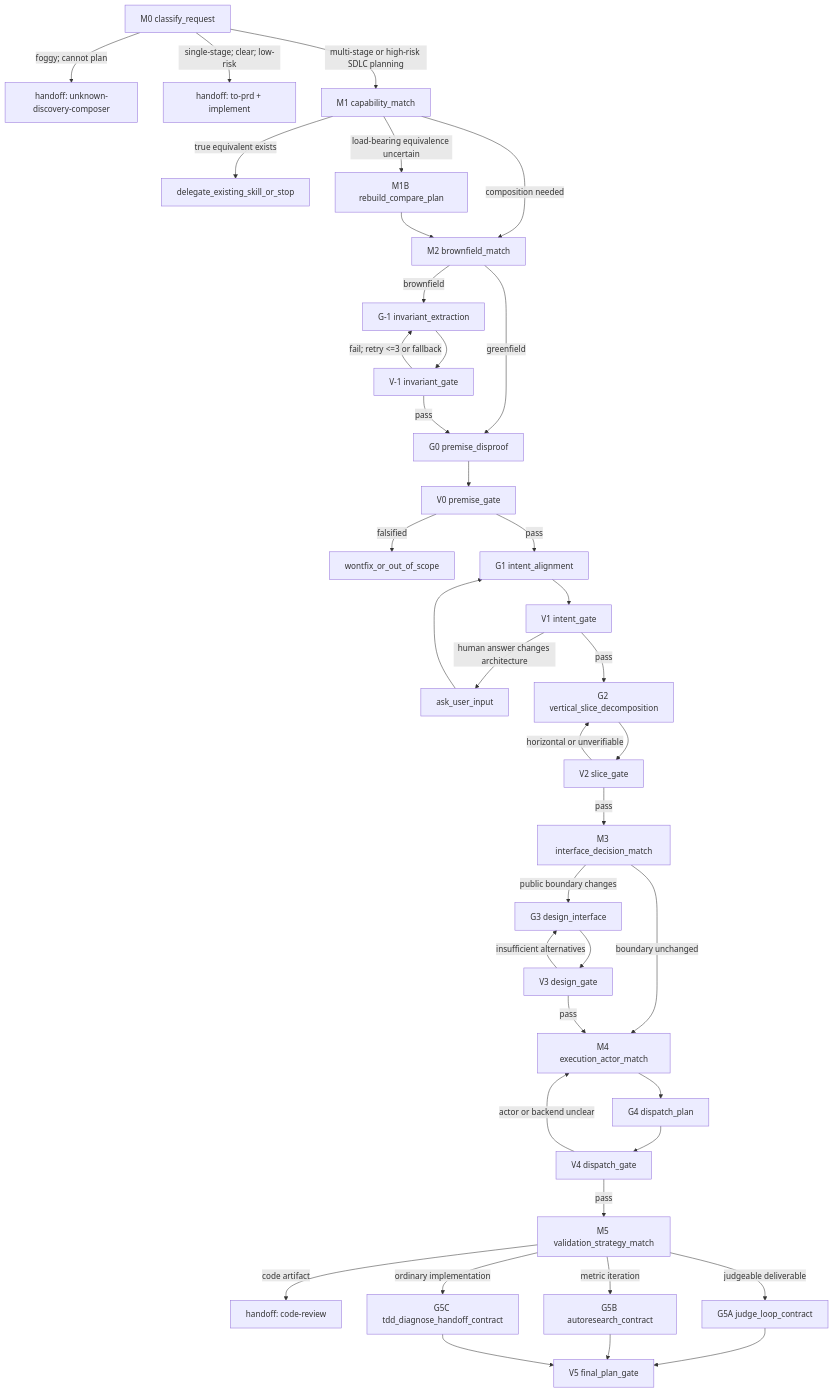
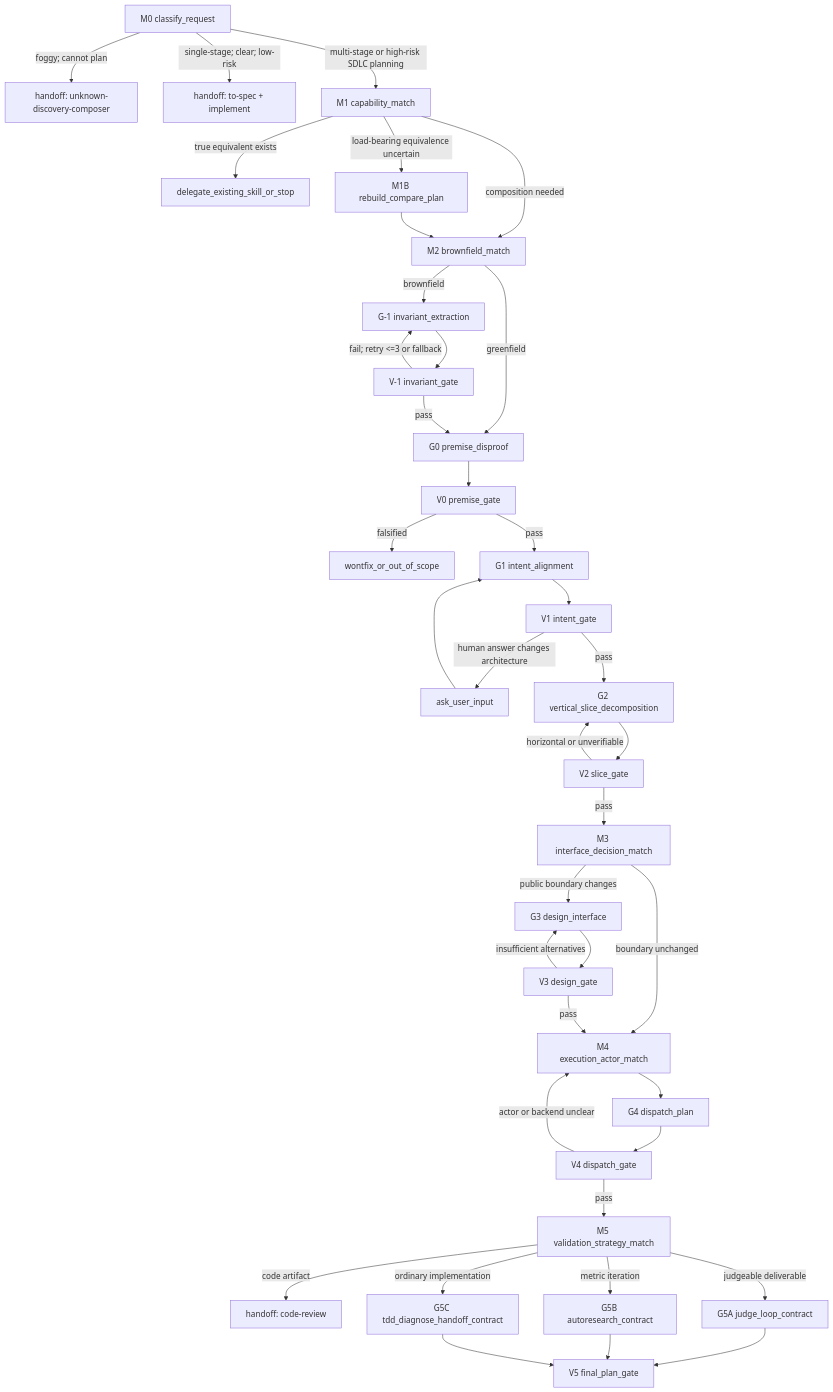
The diagram in skills/sdlc-plan-composer/SKILL.md (ed3c/skills-shared), drawn with Mermaid before and after one commit. The commit also changed other lines of this file and 6 other files, not shown here.

````diff
--- a/skills/sdlc-plan-composer/SKILL.md
+++ b/skills/sdlc-plan-composer/SKILL.md
@@ -44,41 +44,41 @@
 ```mermaid
 flowchart TD
   M0["M0 classify_request"] -->|foggy; cannot plan| X0["handoff: unknown-discovery-composer"]
-  M0 -->|single-stage; clear; low-risk| X1["handoff: to-prd + implement"]
+  M0 -->|single-stage; clear; low-risk| X1["handoff: to-spec + implement"]
   M0 -->|multi-stage or high-risk SDLC planning| M1["M1 capability_match"]
   M1 -->|true equivalent exists| X2["delegate_existing_skill_or_stop"]
   M1 -->|load-bearing equivalence uncertain| M1B["M1B rebuild_compare_plan"]
   M1 -->|composition needed| M2["M2 brownfield_match"]
   M1B --> M2
   M2 -->|brownfield| Gm1["G-1 invariant_extraction"]
   M2 -->|greenfield| G0["G0 premise_disproof"]
   Gm1 --> Vm1["V-1 invariant_gate"]
   Vm1 -->|fail; retry <=3 or fallback| Gm1
   Vm1 -->|pass| G0
   G0 --> V0["V0 premise_gate"]
   V0 -->|falsified| X3["wontfix_or_out_of_scope"]
   V0 -->|pass| G1["G1 intent_alignment"]
   G1 --> V1["V1 intent_gate"]
   V1 -->|human answer changes architecture| H1["ask_user_input"]
   H1 --> G1
   V1 -->|pass| G2["G2 vertical_slice_decomposition"]
   G2 --> V2["V2 slice_gate"]
   V2 -->|horizontal or unverifiable| G2
   V2 -->|pass| M3["M3 interface_decision_match"]
   M3 -->|public boundary changes| G3["G3 design_interface"]
   M3 -->|boundary unchanged| M4["M4 execution_actor_match"]
   G3 --> V3["V3 design_gate"]
   V3 -->|insufficient alternatives| G3
   V3 -->|pass| M4
   M4 --> G4["G4 dispatch_plan"]
   G4 --> V4["V4 dispatch_gate"]
   V4 -->|actor or backend unclear| M4
   V4 -->|pass| M5["M5 validation_strategy_match"]
   M5 -->|code artifact| X4["handoff: code-review"]
   M5 -->|judgeable deliverable| G5A["G5A judge_loop_contract"]
   M5 -->|metric iteration| G5B["G5B autoresearch_contract"]
   M5 -->|ordinary implementation| G5C["G5C tdd_diagnose_handoff_contract"]
   G5A --> V5["V5 final_plan_gate"]
   G5B --> V5
   G5C --> V5
 ```
````
